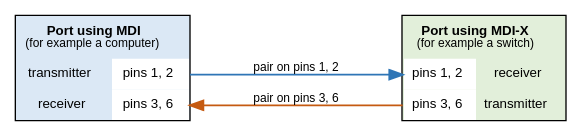
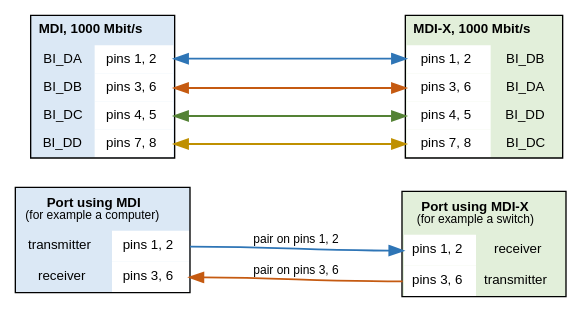
One commit to mithro/evampire changed the diagram in docs/ethernet/magnetics/crossover.dot. Above: the diagram before and after it, drawn with Graphviz. The commit also changed 1 other file, not shown here.

Commit message:
Add the 1000 Mbit/s pin assignments to the crossover figure
The figure showed MDI and MDI-X only at 10 and 100 Mbit/s; the gigabit
swap of pairs A with B and C with D was described only in words.

```diff
--- a/docs/ethernet/magnetics/crossover.dot
+++ b/docs/ethernet/magnetics/crossover.dot
@@ -1,29 +1,52 @@
-// MDI and MDI-X at 10 and 100 Mbit/s: a straight-through cable joins the
-// transmitter at one end to the receiver at the other only when one end
-// uses the MDI assignment and the other end uses MDI-X.
+// MDI and MDI-X. Top, at 10 and 100 Mbit/s: a straight-through cable
+// joins the transmitter at one end to the receiver at the other only when
+// one end uses the MDI assignment and the other end uses MDI-X. Bottom, at
+// 1000 Mbit/s: MDI-X swaps pair A with pair B and pair C with pair D.
 //
 // SPDX-License-Identifier: Apache-2.0
 
 digraph crossover {
     graph [rankdir=LR, fontname="Helvetica", fontsize=11, nodesep=0.3,
            ranksep=1.15];
     node  [fontname="Helvetica", fontsize=10, shape=plain];
     edge  [fontname="Helvetica", fontsize=9, penwidth=1.4];
 
     left [label=<
       <table border="1" cellborder="0" cellspacing="0" cellpadding="6" bgcolor="#dbe8f5">
         <tr><td colspan="2"><b>Port using MDI</b><br/><font point-size="9">(for example a computer)</font></td></tr>
         <tr><td>transmitter</td><td port="t" bgcolor="#ffffff">pins 1, 2</td></tr>
         <tr><td>receiver</td><td port="r" bgcolor="#ffffff">pins 3, 6</td></tr>
       </table>>];
 
     right [label=<
       <table border="1" cellborder="0" cellspacing="0" cellpadding="6" bgcolor="#e2efda">
         <tr><td colspan="2"><b>Port using MDI-X</b><br/><font point-size="9">(for example a switch)</font></td></tr>
         <tr><td port="r" bgcolor="#ffffff">pins 1, 2</td><td>receiver</td></tr>
         <tr><td port="t" bgcolor="#ffffff">pins 3, 6</td><td>transmitter</td></tr>
       </table>>];
 
     left:t  -> right:r [label="pair on pins 1, 2", color="#2e75b6"];
     left:r  -> right:t [dir=back, label="pair on pins 3, 6", color="#c55a11"];
+    left1000 [label=<
+      <table border="1" cellborder="0" cellspacing="0" cellpadding="5" bgcolor="#dbe8f5">
+        <tr><td colspan="2"><b>MDI, 1000 Mbit/s</b></td></tr>
+        <tr><td>BI_DA</td><td port="p12" bgcolor="#ffffff">pins 1, 2</td></tr>
+        <tr><td>BI_DB</td><td port="p36" bgcolor="#ffffff">pins 3, 6</td></tr>
+        <tr><td>BI_DC</td><td port="p45" bgcolor="#ffffff">pins 4, 5</td></tr>
+        <tr><td>BI_DD</td><td port="p78" bgcolor="#ffffff">pins 7, 8</td></tr>
+      </table>>];
+
+    right1000 [label=<
+      <table border="1" cellborder="0" cellspacing="0" cellpadding="5" bgcolor="#e2efda">
+        <tr><td colspan="2"><b>MDI-X, 1000 Mbit/s</b></td></tr>
+        <tr><td port="p12" bgcolor="#ffffff">pins 1, 2</td><td>BI_DB</td></tr>
+        <tr><td port="p36" bgcolor="#ffffff">pins 3, 6</td><td>BI_DA</td></tr>
+        <tr><td port="p45" bgcolor="#ffffff">pins 4, 5</td><td>BI_DD</td></tr>
+        <tr><td port="p78" bgcolor="#ffffff">pins 7, 8</td><td>BI_DC</td></tr>
+      </table>>];
+
+    left1000:p12 -> right1000:p12 [dir=both, color="#2e75b6"];
+    left1000:p36 -> right1000:p36 [dir=both, color="#c55a11"];
+    left1000:p45 -> right1000:p45 [dir=both, color="#548235"];
+    left1000:p78 -> right1000:p78 [dir=both, color="#bf9000"];
 }
```
